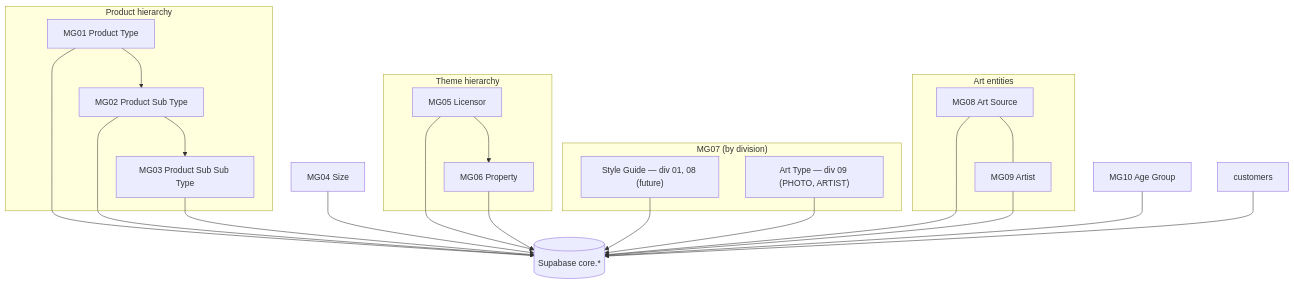
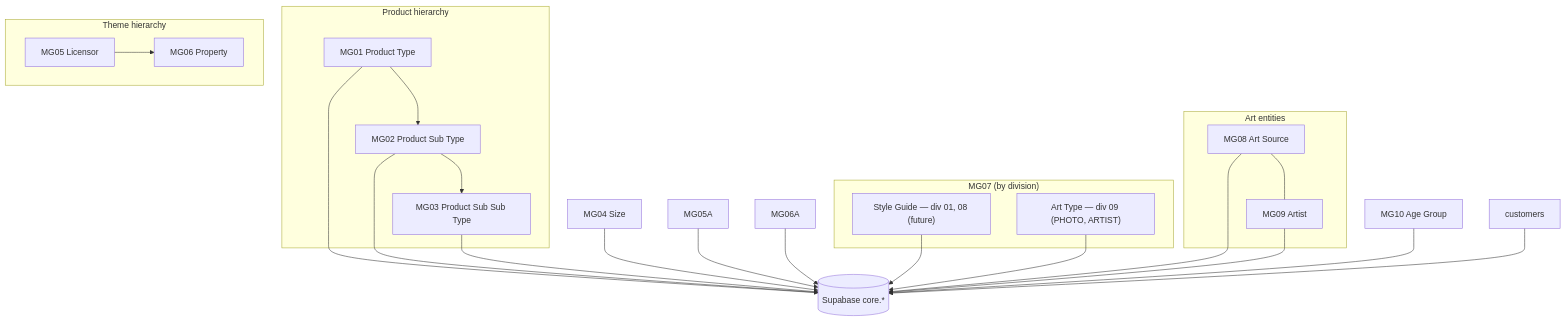
One commit to u2giants/popcrm-web changed the second of 2 diagrams in shared-db/docs/designflow-master-data-migration/README.md. Above: the diagram before and after it, drawn with Mermaid. The commit also changed other lines of this file, not shown here.

````diff
--- a/shared-db/docs/designflow-master-data-migration/README.md
+++ b/shared-db/docs/designflow-master-data-migration/README.md
@@ -848,34 +872,34 @@
 ```mermaid
 flowchart TB
   subgraph product["Product hierarchy"]
     MG01["MG01 Product Type"]
     MG02["MG02 Product Sub Type"]
     MG03["MG03 Product Sub Sub Type"]
     MG01 --> MG02 --> MG03
   end
 
   MG04["MG04 Size"]
 
   subgraph theme["Theme hierarchy"]
     MG05["MG05 Licensor"]
     MG06["MG06 Property"]
     MG05 --> MG06
   end
 
   subgraph mg07["MG07 (by division)"]
     MG07SG["Style Guide — div 01, 08 (future)"]
     MG07AT["Art Type — div 09 (PHOTO, ARTIST)"]
   end
 
   subgraph art["Art entities"]
     MG08["MG08 Art Source"]
     MG09["MG09 Artist"]
     MG08 --- MG09
   end
 
   MG10["MG10 Age Group"]
   CUST["customers"]
 
-  MG01 & MG02 & MG03 & MG04 & MG05 & MG06 & MG07SG & MG07AT & MG08 & MG09 & MG10 --> SB[(Supabase core.*)]
+  MG01 & MG02 & MG03 & MG04 & MG05A & MG06A & MG07SG & MG07AT & MG08 & MG09 & MG10 --> SB[(Supabase core.*)]
   CUST --> SB
 ```
````
